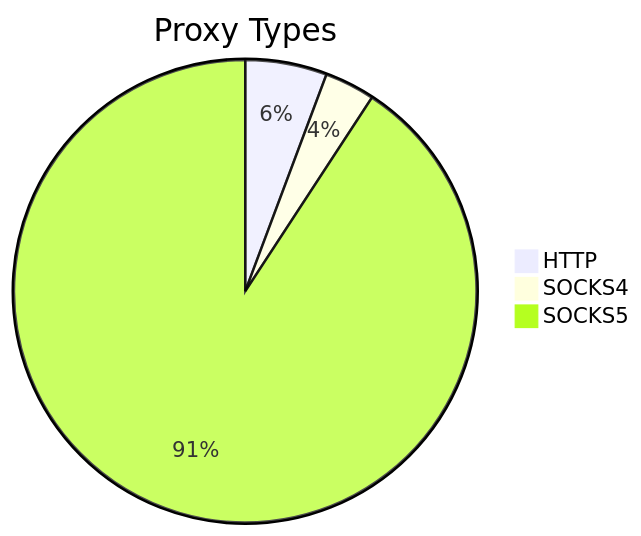
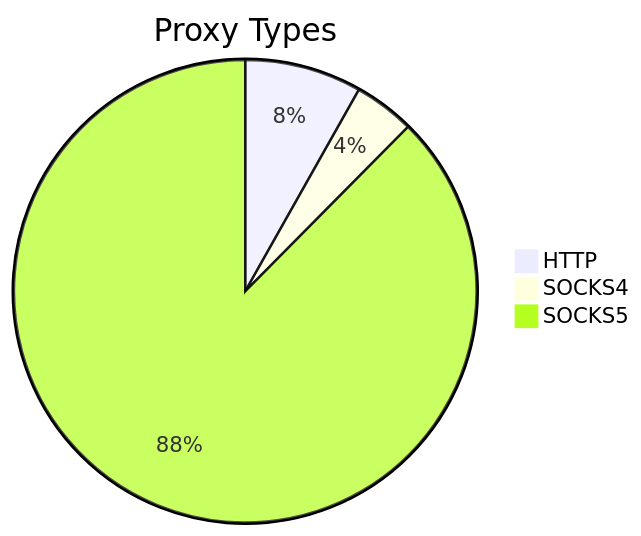
The first of 2 diagrams in README.md (stormsia/proxy-list), drawn with Mermaid before and after one commit. The commit also changed other lines of this file, not shown here.

````diff
--- a/README.md
+++ b/README.md
@@ -21,6 +21,6 @@
 ```mermaid
 pie title Proxy Types
-    "HTTP" : 73
-    "SOCKS4" : 45
-    "SOCKS5" : 1162
+    "HTTP" : 75
+    "SOCKS4" : 39
+    "SOCKS5" : 804
 ```
````
